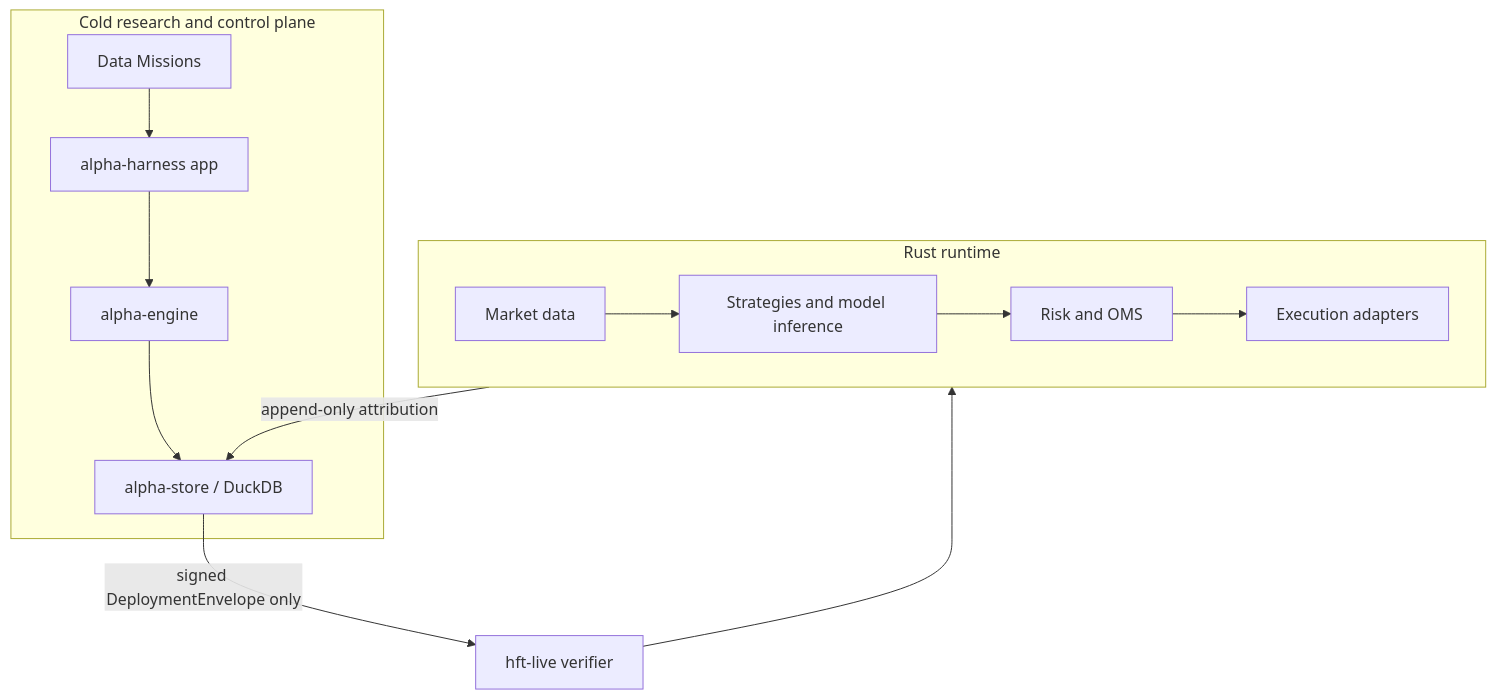
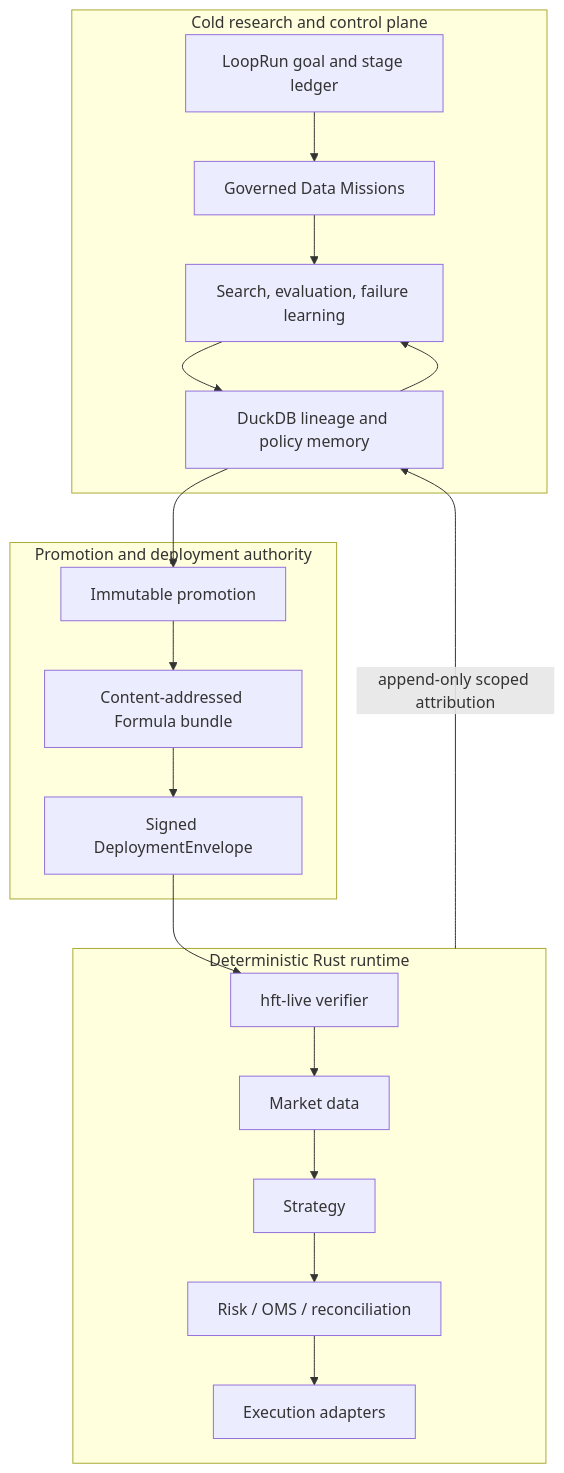
One commit to proerror77/monday changed the diagram in rust_hft/ARCHITECTURE.md. Above: the diagram before and after it, drawn with Mermaid. The commit also changed other lines of this file and 62 other files, not shown here.

````diff
--- a/rust_hft/ARCHITECTURE.md
+++ b/rust_hft/ARCHITECTURE.md
@@ -4,22 +5,31 @@
 ```mermaid
 flowchart TB
     subgraph Research["Cold research and control plane"]
-        DM["Data Missions"]
-        AH["alpha-harness app"]
-        AE["alpha-engine"]
-        AS["alpha-store / DuckDB"]
-        DM --> AH --> AE --> AS
+        LR["LoopRun goal and stage ledger"]
+        DM["Governed Data Missions"]
+        AE["Search, evaluation, failure learning"]
+        AS["DuckDB lineage and policy memory"]
+        LR --> DM --> AE --> AS
+        AS --> AE
     end
 
-    subgraph Runtime["Rust runtime"]
-        MD["Market data"]
-        ST["Strategies and model inference"]
-        RK["Risk and OMS"]
-        EX["Execution adapters"]
-        MD --> ST --> RK --> EX
+    subgraph Governance["Promotion and deployment authority"]
+        PR["Immutable promotion"]
+        SB["Content-addressed Formula bundle"]
+        DE["Signed DeploymentEnvelope"]
+        PR --> SB --> DE
     end
 
-    AS -->|"signed DeploymentEnvelope only"| RV["hft-live verifier"]
-    RV --> Runtime
-    Runtime -->|"append-only attribution"| AS
+    subgraph Runtime["Deterministic Rust runtime"]
+        RV["hft-live verifier"]
+        MD["Market data"]
+        ST["Strategy"]
+        RK["Risk / OMS / reconciliation"]
+        EX["Execution adapters"]
+        RV --> MD --> ST --> RK --> EX
+    end
+
+    AS --> PR
+    DE --> RV
+    Runtime -->|"append-only scoped attribution"| AS
 ```
````
